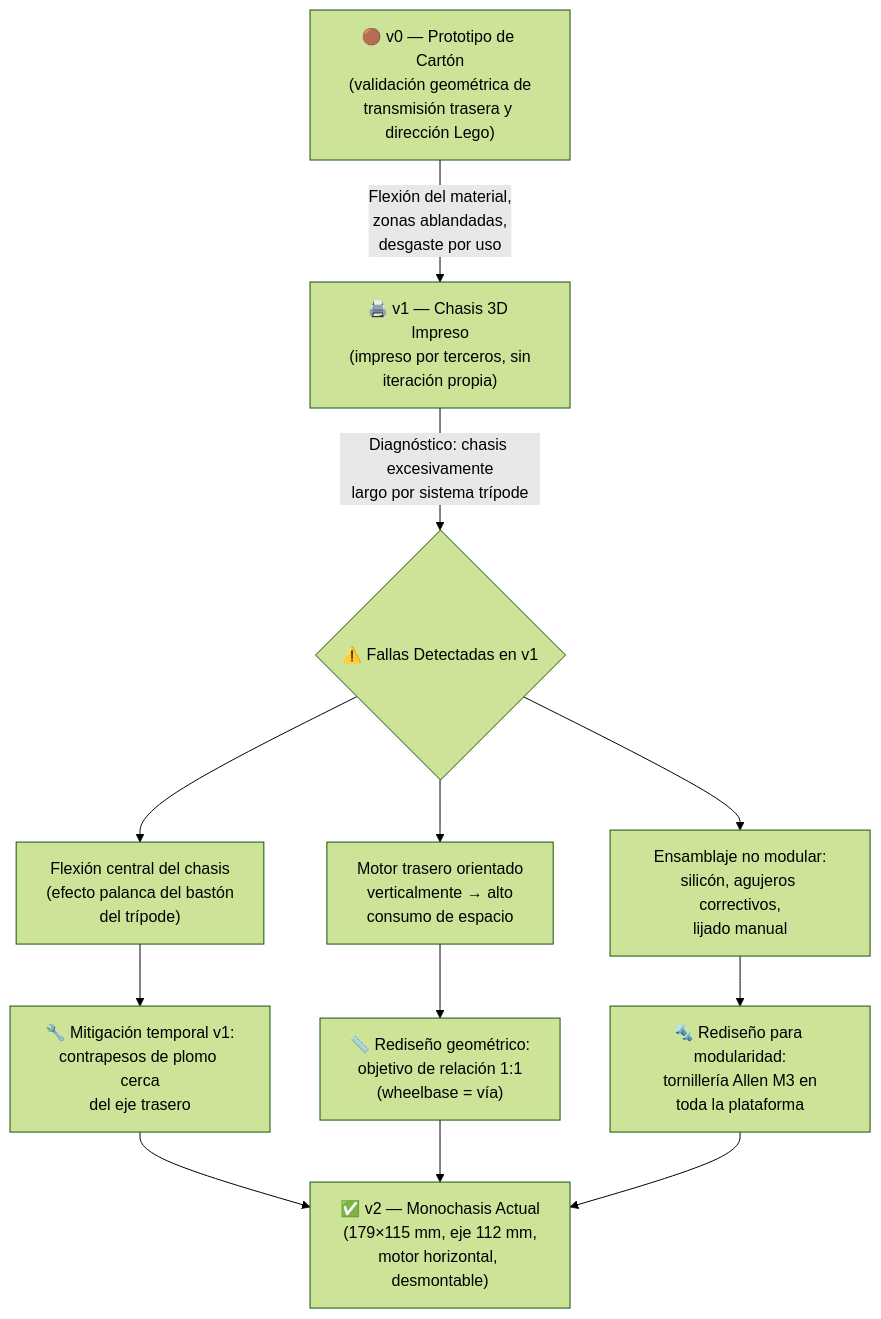
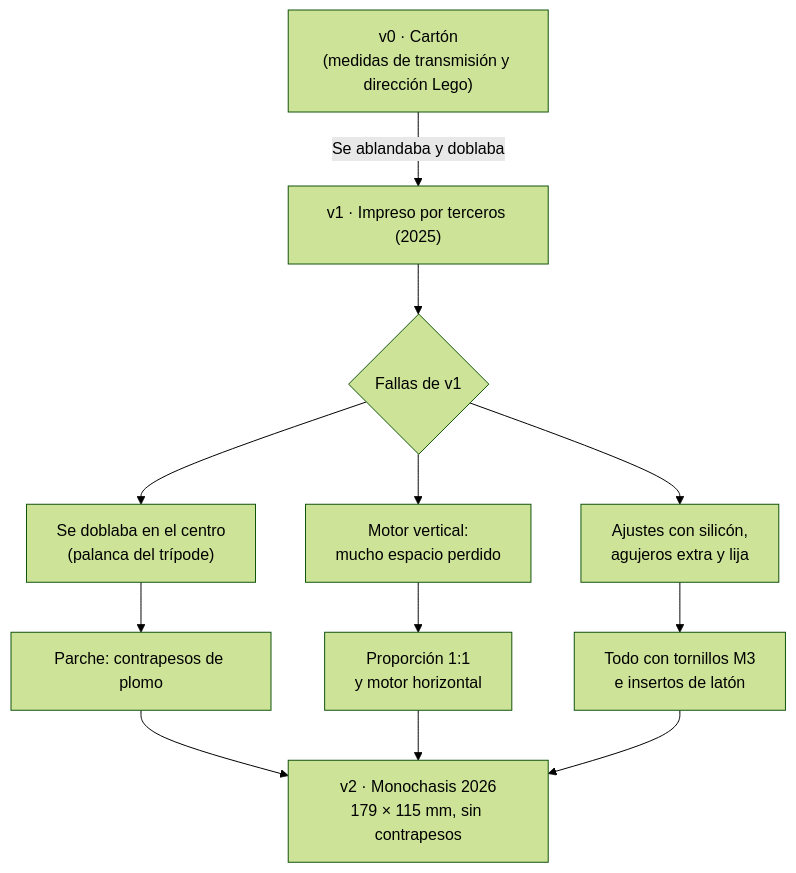
The fifth of 6 diagrams in README.md (erchivox/Prometheus-Team-2026), drawn with Mermaid (forest theme) before and after one commit. The commit also changed other lines of this file, not shown here.

````diff
--- a/README.md
+++ b/README.md
@@ -862,14 +540,14 @@
 ```mermaid
 flowchart TD
-    A["🟤 v0 — Prototipo de Cartón<br/>(validación geométrica de<br/>transmisión trasera y dirección Lego)"] -->|"Flexión del material,<br/>zonas ablandadas,<br/>desgaste por uso"| B["🖨️ v1 — Chasis 3D Impreso<br/>(impreso por terceros, sin<br/>iteración propia)"]
-    B -->|"Diagnóstico: chasis excesivamente<br/>largo por sistema trípode"| C{"⚠️ Fallas Detectadas en v1"}
-    C --> C1["Flexión central del chasis<br/>(efecto palanca del bastón<br/>del trípode)"]
-    C --> C2["Motor trasero orientado<br/>verticalmente → alto<br/>consumo de espacio"]
-    C --> C3["Ensamblaje no modular:<br/>silicón, agujeros correctivos,<br/>lijado manual"]
-    C1 --> D["🔧 Mitigación temporal v1:<br/>contrapesos de plomo cerca<br/>del eje trasero"]
-    C2 --> E["📏 Rediseño geométrico:<br/>objetivo de relación 1:1<br/>(wheelbase = vía)"]
-    C3 --> F["🔩 Rediseño para modularidad:<br/>tornillería Allen M3 en<br/>toda la plataforma"]
-    D --> G["✅ v2 — Monochasis Actual<br/>(179×115 mm, eje 112 mm,<br/>motor horizontal, desmontable)"]
+    A["v0 · Cartón<br/>(medidas de transmisión y dirección Lego)"] -->|"Se ablandaba y doblaba"| B["v1 · Impreso por terceros (2025)"]
+    B --> C{"Fallas de v1"}
+    C --> C1["Se doblaba en el centro<br/>(palanca del trípode)"]
+    C --> C2["Motor vertical:<br/>mucho espacio perdido"]
+    C --> C3["Ajustes con silicón,<br/>agujeros extra y lija"]
+    C1 --> D["Parche: contrapesos de plomo"]
+    C2 --> E["Proporción 1:1<br/>y motor horizontal"]
+    C3 --> F["Todo con tornillos M3<br/>e insertos de latón"]
+    D --> G["v2 · Monochasis 2026<br/>179 × 115 mm, sin contrapesos"]
     E --> G
     F --> G
 ```
````
